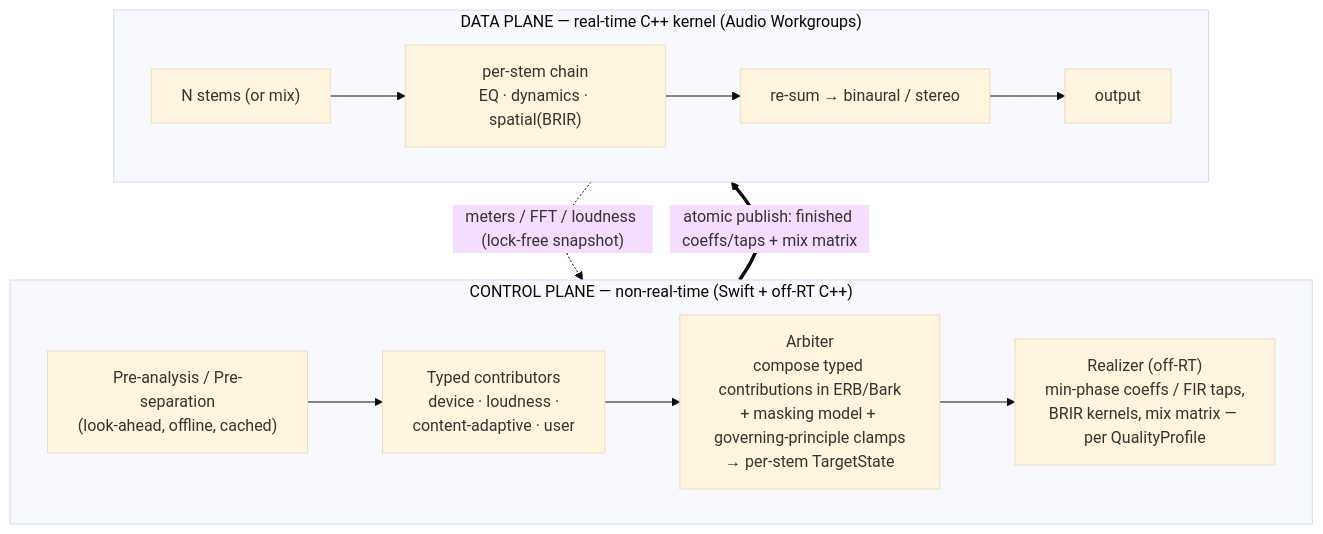
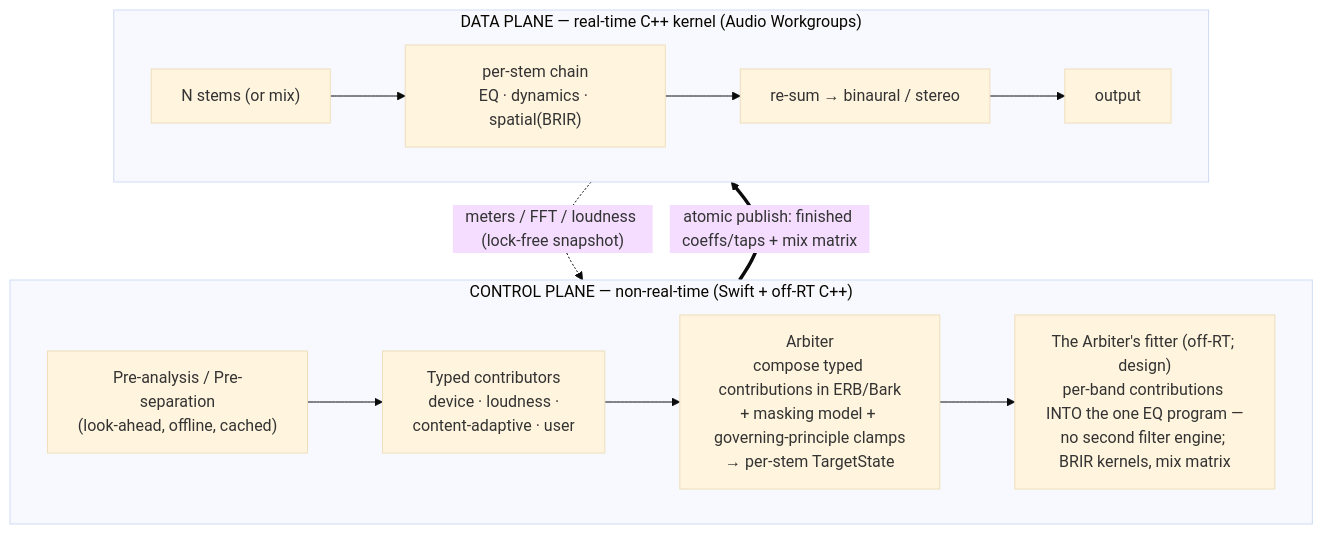
One commit to ramith/sound-engineering changed the diagram in docs/architecture/architecture.md. Above: the diagram before and after it, drawn with Mermaid (base theme). The commit also changed other lines of this file and 23 other files, not shown here.

````diff
--- a/docs/architecture/architecture.md
+++ b/docs/architecture/architecture.md
@@ -51,17 +54,17 @@
 ```mermaid
 graph TB
   subgraph CP["CONTROL PLANE — non-real-time (Swift + off-RT C++)"]
     direction LR
     PRE["Pre-analysis / Pre-separation<br/>(look-ahead, offline, cached)"]
     CTRS["Typed contributors<br/>device · loudness ·<br/>content-adaptive · user"]
     ARB["Arbiter<br/>compose typed contributions in ERB/Bark<br/>+ masking model + governing-principle clamps<br/>→ per-stem TargetState"]
-    REAL["Realizer (off-RT)<br/>min-phase coeffs / FIR taps,<br/>BRIR kernels, mix matrix — per QualityProfile"]
+    REAL["The Arbiter's fitter (off-RT; design)<br/>per-band contributions INTO the one EQ program —<br/>no second filter engine; BRIR kernels, mix matrix"]
     PRE --> CTRS --> ARB --> REAL
   end
   subgraph DP["DATA PLANE — real-time C++ kernel (Audio Workgroups)"]
     direction LR
     STEMS["N stems (or mix)"] --> PSC["per-stem chain<br/>EQ · dynamics · spatial(BRIR)"] --> SUM["re-sum → binaural / stereo"] --> OUT["output"]
   end
   REAL == "atomic publish: finished coeffs/taps + mix matrix" ==> PSC
   DP -. "meters / FFT / loudness (lock-free snapshot)" .-> PRE
 ```
````
